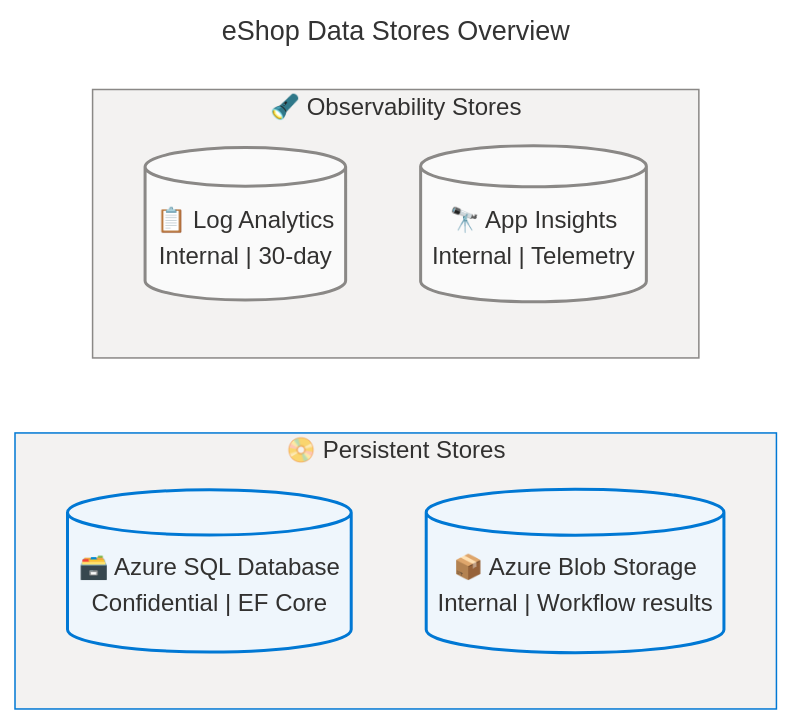
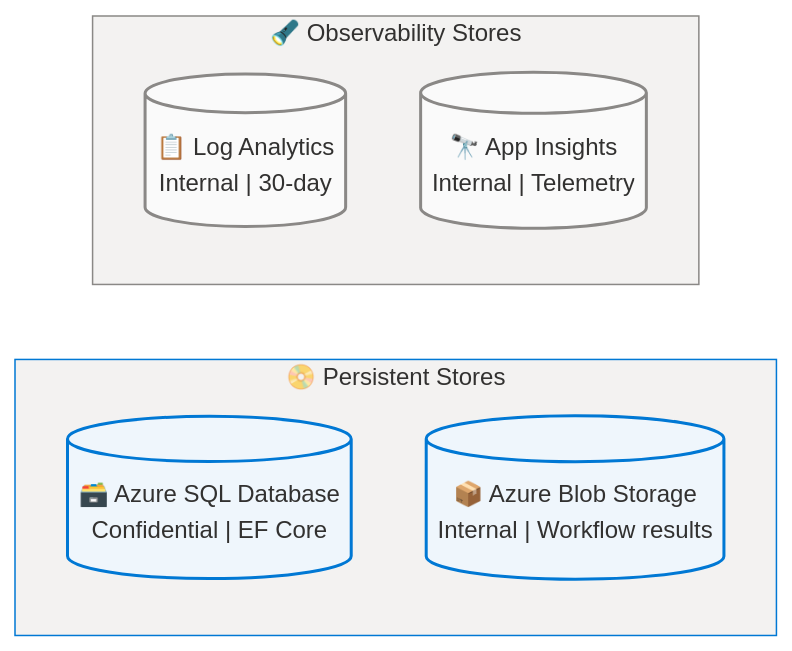
Before and after one commit to Evilazaro/Azure-LogicApps-Monitoring: the second of 8 diagrams in docs/architecture/data-arch.md, drawn with Mermaid. The commit also changed other lines of this file, not shown here.

Commit message:
Remove unused mermaid diagram configurations from data architecture documentation

````diff
--- a/docs/architecture/data-arch.md
+++ b/docs/architecture/data-arch.md
@@ -155,43 +144,32 @@
 ```mermaid
----
-title: eShop Data Stores Overview
-config:
-  theme: base
-  look: classic
-  layout: dagre
-  themeVariables:
-    fontSize: '16px'
-  flowchart:
-    htmlLabels: true
----
 flowchart LR
     accTitle: eShop Data Stores Overview
     accDescr: Four data stores in the solution — Azure SQL Database, Azure Blob Storage, Log Analytics Workspace, and Application Insights — with their classification and purpose.
 
     %% ═══════════════════════════════════════════════════════════════════════════
     %% AZURE / FLUENT ARCHITECTURE PATTERN v2.0
     %% (Semantic + Structural + Font + Accessibility Governance)
     %% ═══════════════════════════════════════════════════════════════════════════
     %% PHASE 1 - FLUENT UI: All styling uses approved Fluent UI palette only
     %% PHASE 2 - GROUPS: Every subgraph has semantic color via style directive
     %% PHASE 3 - COMPONENTS: Every node has semantic classDef + icon prefix
     %% PHASE 4 - ACCESSIBILITY: accTitle/accDescr present, WCAG AA contrast
     %% PHASE 5 - STANDARD: Governance block present, classDefs centralized
     %% ═══════════════════════════════════════════════════════════════════════════
 
     subgraph persist["📀 Persistent Stores"]
         SQL[("🗃️ Azure SQL Database<br/>Confidential | EF Core")]:::core
         Blob[("📦 Azure Blob Storage<br/>Internal | Workflow results")]:::core
     end
 
     subgraph observe["🔦 Observability Stores"]
         LAW[("📋 Log Analytics<br/>Internal | 30-day")]:::neutral
         AI[("🔭 App Insights<br/>Internal | Telemetry")]:::neutral
     end
 
     classDef core fill:#EFF6FC,stroke:#0078D4,stroke-width:2px,color:#323130
     classDef neutral fill:#FAFAFA,stroke:#8A8886,stroke-width:2px,color:#323130
 
     style persist fill:#F3F2F1,stroke:#0078D4,stroke-width:1px,color:#323130
     style observe fill:#F3F2F1,stroke:#8A8886,stroke-width:1px,color:#323130
 ```
````
